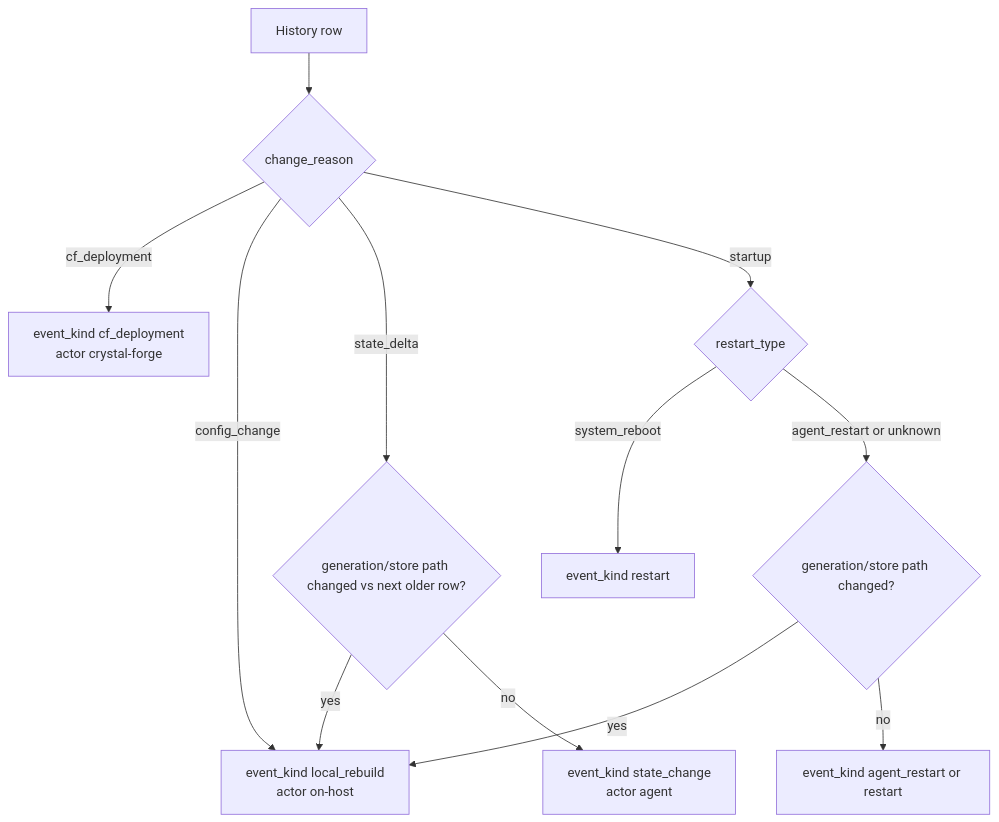
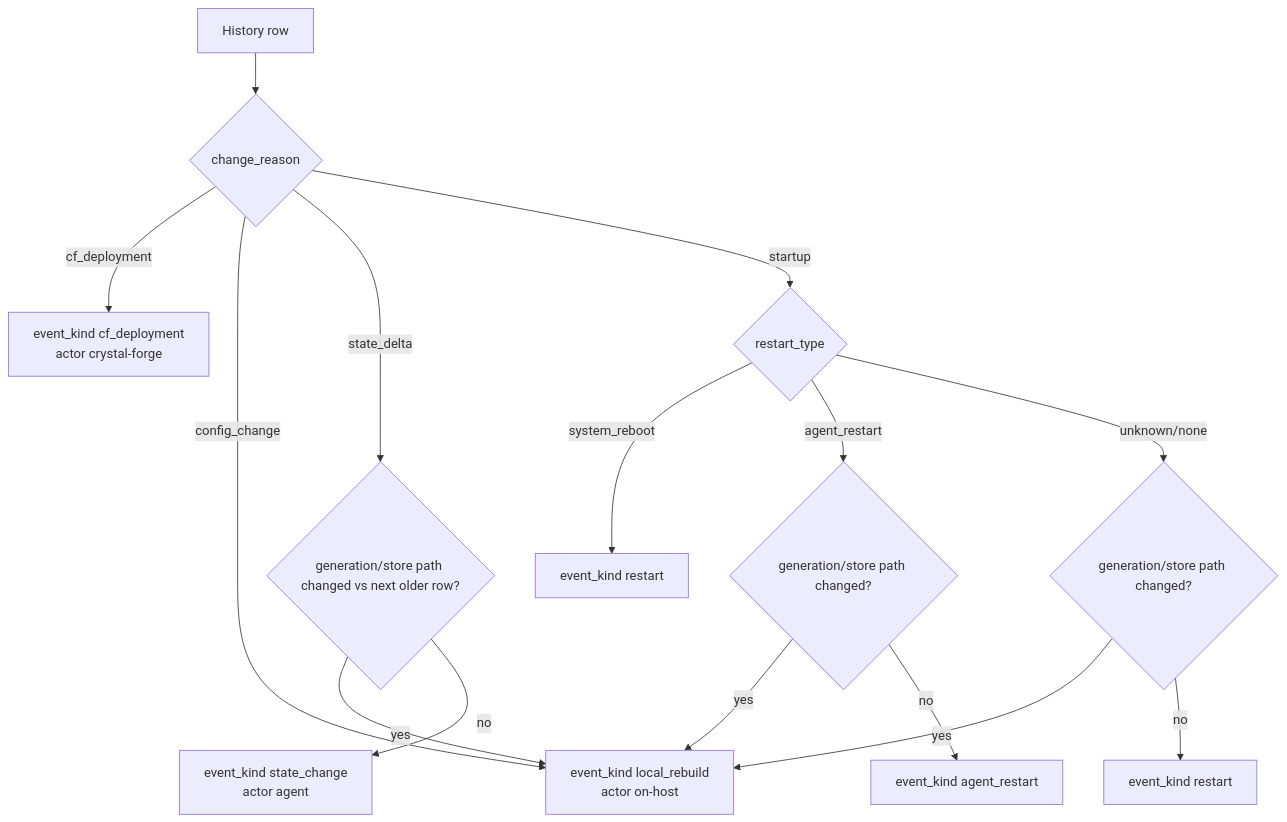
The fourth of 4 diagrams in docs/agent-heartbeat-state-history.md (usmcamp0811/crystal-forge), drawn with Mermaid before and after one commit. The commit also changed other lines of this file and 1 other file, not shown here.

````diff
--- a/docs/agent-heartbeat-state-history.md
+++ b/docs/agent-heartbeat-state-history.md
@@ -152,14 +173,17 @@
 ```mermaid
 flowchart TD
     A[History row] --> B{change_reason}
     B -->|cf_deployment| C[event_kind cf_deployment\nactor crystal-forge]
     B -->|config_change| D[event_kind local_rebuild\nactor on-host]
     B -->|state_delta| E{generation/store path changed vs next older row?}
     E -->|yes| D
     E -->|no| F[event_kind state_change\nactor agent]
     B -->|startup| G{restart_type}
     G -->|system_reboot| H[event_kind restart]
-    G -->|agent_restart or unknown| I{generation/store path changed?}
+    G -->|agent_restart| I{generation/store path changed?}
+    G -->|unknown/none| K{generation/store path changed?}
     I -->|yes| D
-    I -->|no| J[event_kind agent_restart or restart]
+    I -->|no| J[event_kind agent_restart]
+    K -->|yes| D
+    K -->|no| L[event_kind restart]
 ```
````
